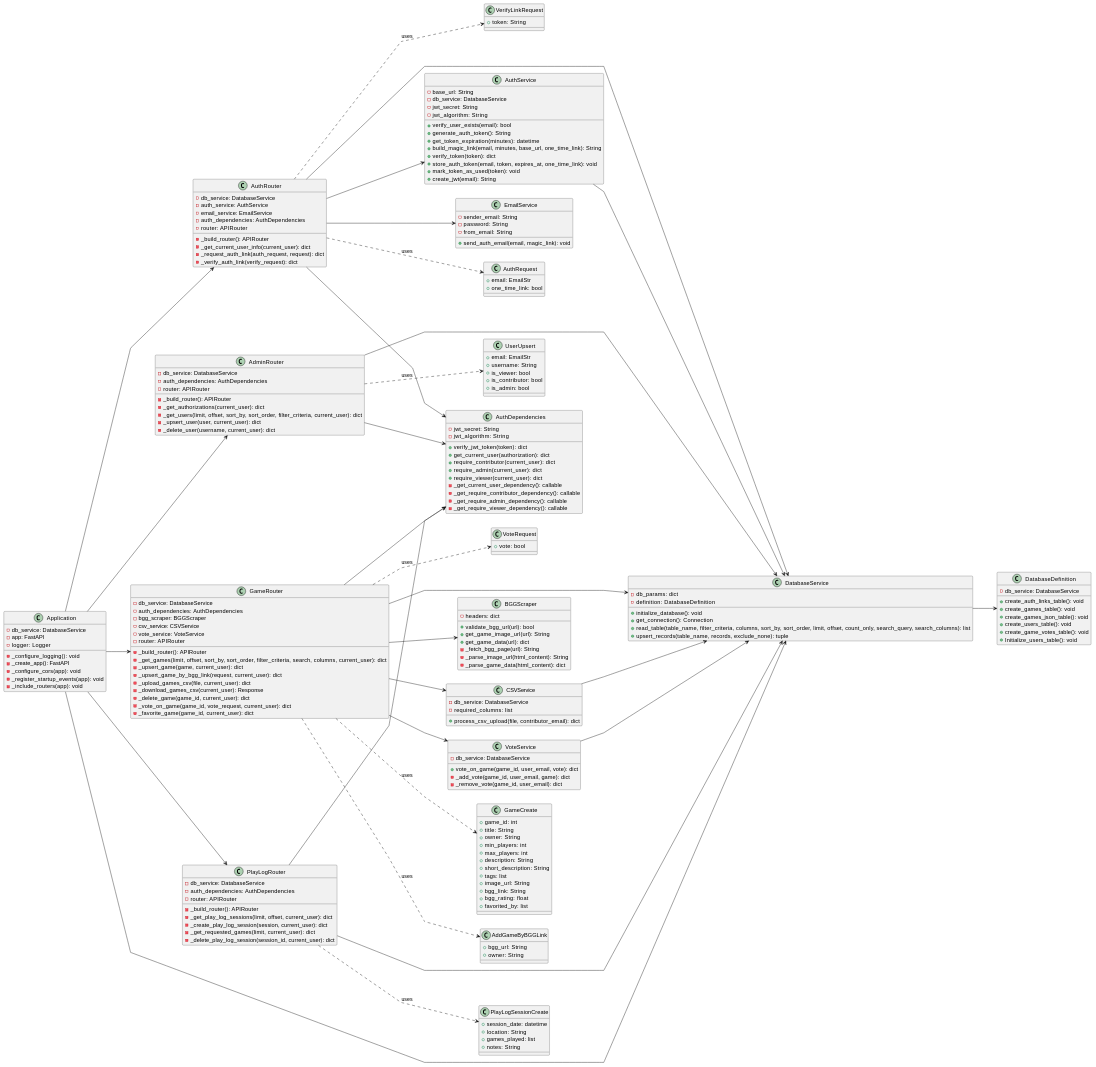
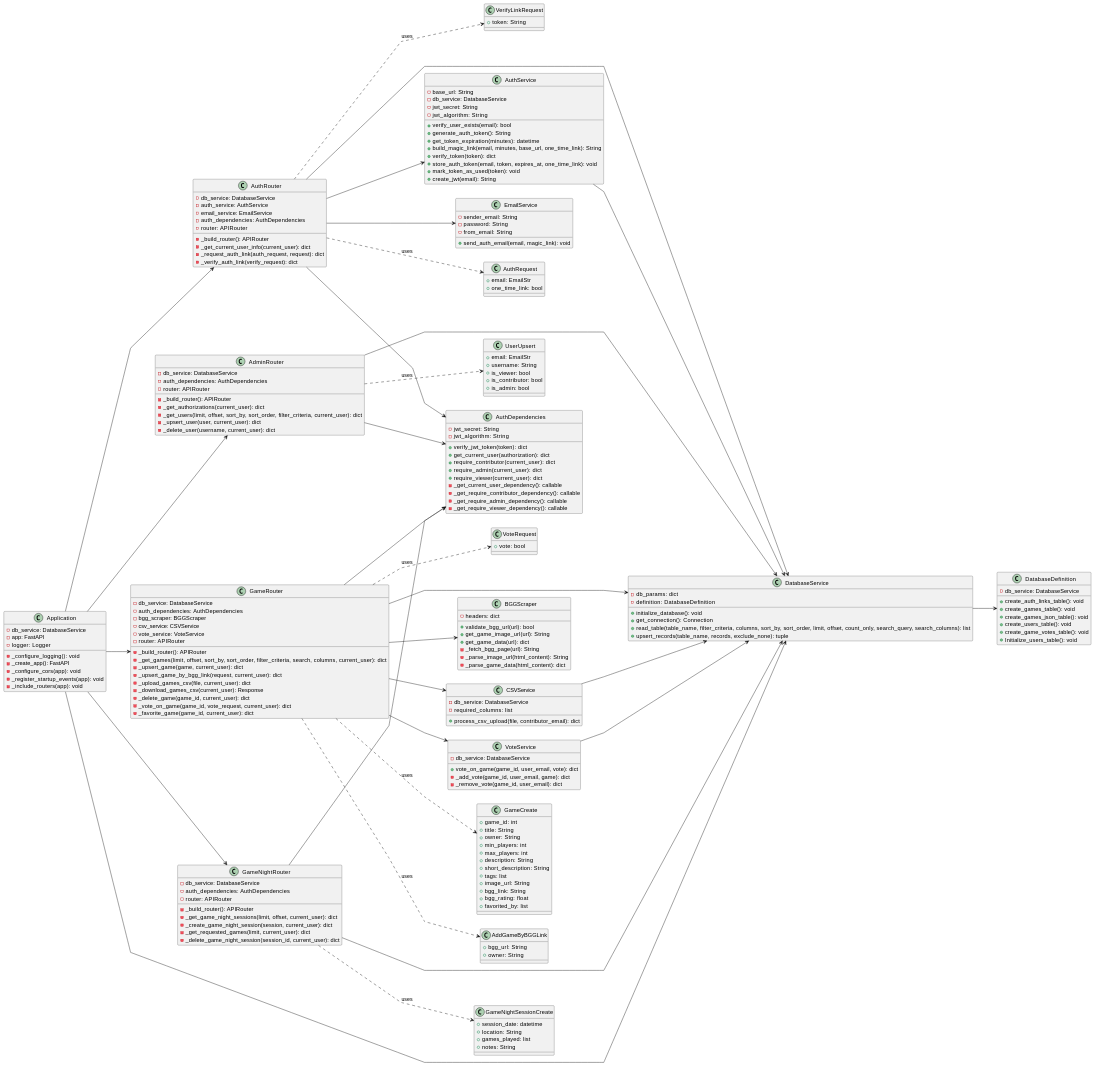
One commit to leshmark/gamegroup changed the fifth of 6 diagrams in Game Group Site.md. Above: the diagram before and after it, drawn with PlantUML. The commit also changed other lines of this file and 12 other files, not shown here.

Commit message:
Renamed Play Log to Game Night

````diff
--- a/Game Group Site.md
+++ b/Game Group Site.md
@@ -543,15 +543,15 @@
         - _favorite_game(game_id, current_user): dict
     }
 
-    class PlayLogRouter {
+    class GameNightRouter {
         - db_service: DatabaseService
         - auth_dependencies: AuthDependencies
         - router: APIRouter
         - _build_router(): APIRouter
-        - _get_play_log_sessions(limit, offset, current_user): dict
-        - _create_play_log_session(session, current_user): dict
+        - _get_game_night_sessions(limit, offset, current_user): dict
+        - _create_game_night_session(session, current_user): dict
         - _get_requested_games(limit, current_user): dict
-        - _delete_play_log_session(session_id, current_user): dict
+        - _delete_game_night_session(session_id, current_user): dict
     }
 ' }
 
@@ -677,7 +677,7 @@
         + vote: bool
     }
 
-    class PlayLogSessionCreate {
+    class GameNightSessionCreate {
         + session_date: datetime
         + location: String
         + games_played: list
@@ -689,7 +689,7 @@
 Application --> AuthRouter
 Application --> AdminRouter
 Application --> GameRouter
-Application --> PlayLogRouter
+Application --> GameNightRouter
 Application --> DatabaseService
 AuthRouter --> DatabaseService
 AuthRouter --> AuthService
@@ -702,8 +702,8 @@
 GameRouter --> BGGScraper
 GameRouter --> CSVService
 GameRouter --> VoteService
-PlayLogRouter --> DatabaseService
-PlayLogRouter --> AuthDependencies
+GameNightRouter --> DatabaseService
+GameNightRouter --> AuthDependencies
 AuthService --> DatabaseService
 CSVService --> DatabaseService
 VoteService --> DatabaseService
@@ -714,6 +714,6 @@
 GameRouter ..> GameCreate : uses
 GameRouter ..> AddGameByBGGLink : uses
 GameRouter ..> VoteRequest : uses
-PlayLogRouter ..> PlayLogSessionCreate : uses
+GameNightRouter ..> GameNightSessionCreate : uses
 @enduml
 ```
````
